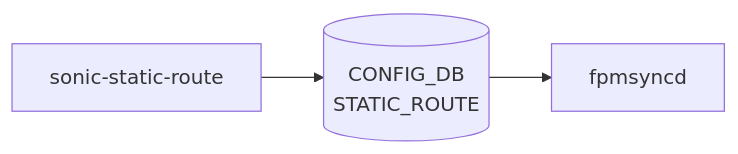
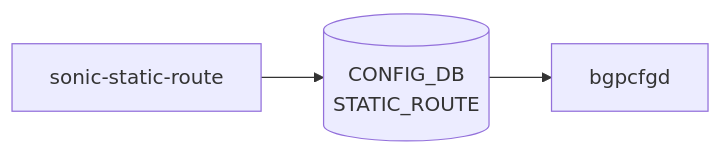
The diagram in docs/reference/yang/sonic-static-route.md (aoki-taquan/sonic-unofficial-docs), drawn with Mermaid before and after one commit. The commit also changed 4 other files, not shown here.

First line of the commit message:
fix(scripts): correct STATIC_ROUTE daemon mapping (bgpcfgd, not fpmsyncd)

````diff
--- a/docs/reference/yang/sonic-static-route.md
+++ b/docs/reference/yang/sonic-static-route.md
@@ -37,8 +37,8 @@
 ```mermaid
 flowchart LR
   Y["sonic-static-route"]
   C1[("CONFIG_DB<br/>STATIC_ROUTE")]
   Y --> C1
-  D1["fpmsyncd"]
+  D1["bgpcfgd"]
   C1 --> D1
 ```
````
